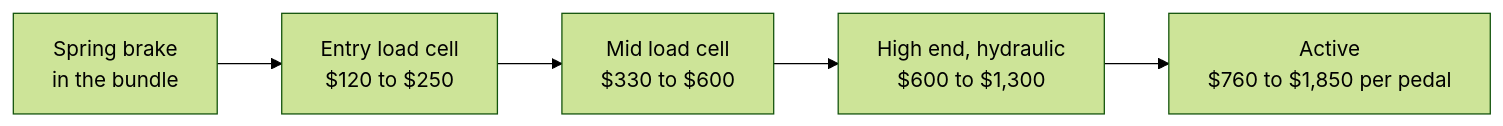
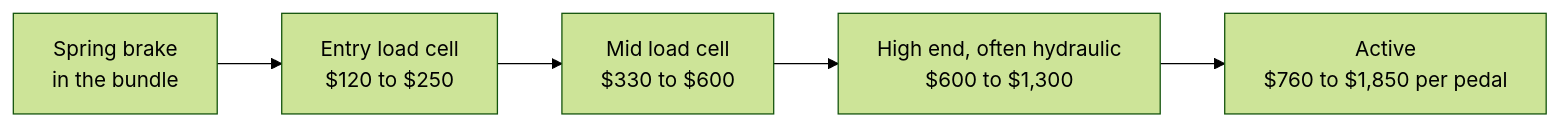
One commit to johnjp15/sim-racing-guide changed the diagram in docs/components/pedals.md. Above: the diagram before and after it, drawn with Mermaid (forest theme). The commit also changed other lines of this file and 24 other files, not shown here.

````diff
--- a/docs/components/pedals.md
+++ b/docs/components/pedals.md
@@ -15,4 +15,4 @@
 ```mermaid
 flowchart LR
-    A[Spring brake<br>in the bundle] --> B[Entry load cell<br>$120 to $250] --> C[Mid load cell<br>$330 to $600] --> D[High end, hydraulic<br>$600 to $1,300] --> E[Active<br>$760 to $1,850 per pedal]
+    A[Spring brake<br>in the bundle] --> B[Entry load cell<br>$120 to $250] --> C[Mid load cell<br>$330 to $600] --> D[High end, often hydraulic<br>$600 to $1,300] --> E[Active<br>$760 to $1,850 per pedal]
 ```
````
